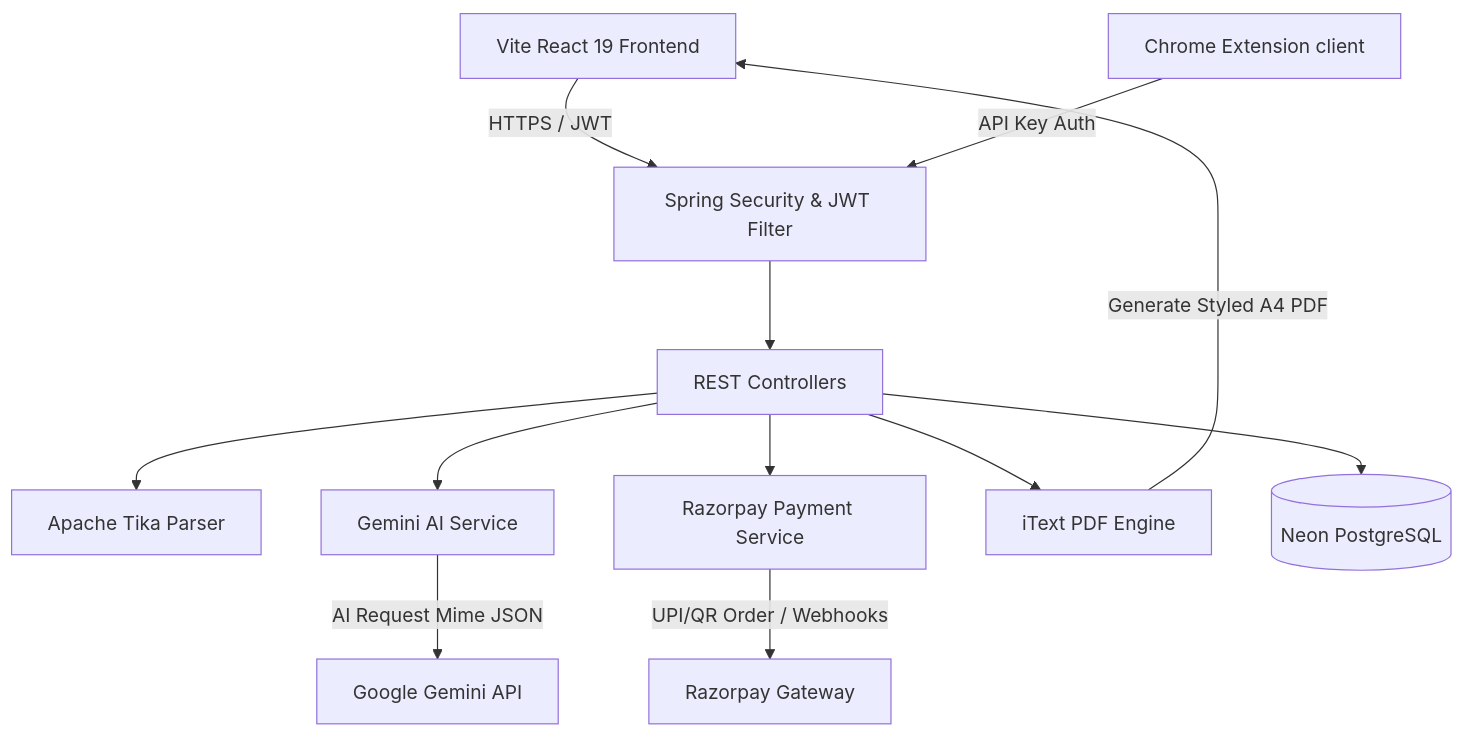
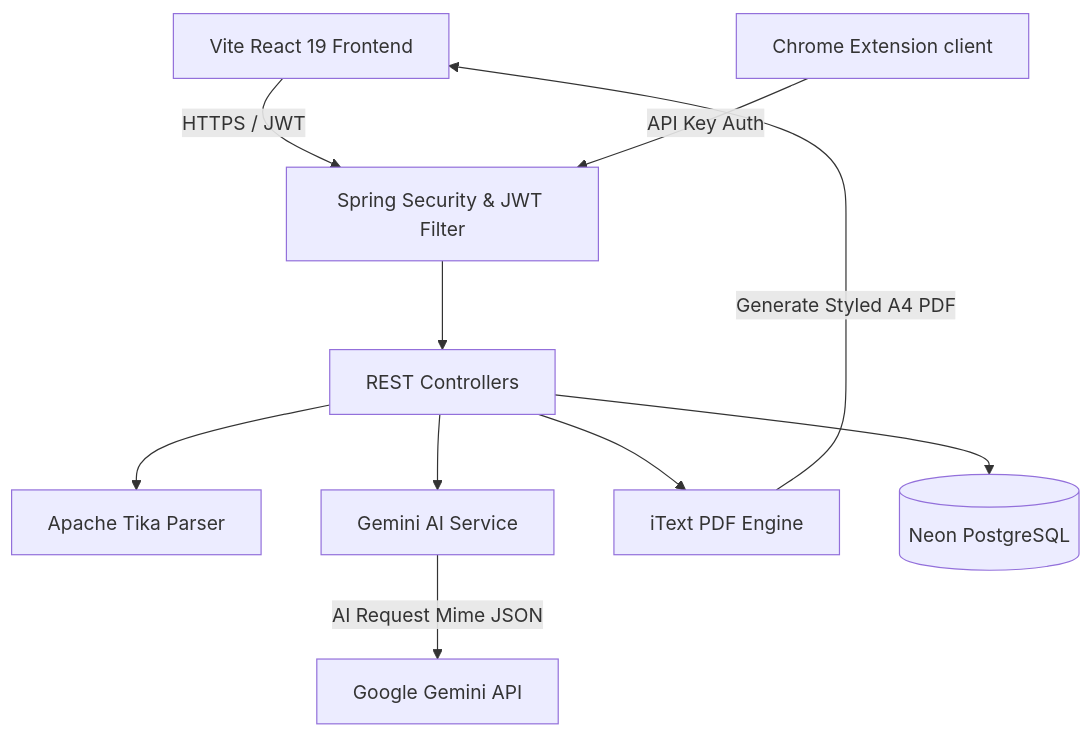
The diagram in README.md (AbhirupBhowmick/ResuMatch-AI), drawn with Mermaid before and after one commit. The commit also changed other lines of this file and 8 other files, not shown here.

Commit message:
Completely remove Razorpay SDK, payment service, controller, configuration, and frontend SDK

````diff
--- a/README.md
+++ b/README.md
@@ -41,38 +38,34 @@
 ```mermaid
 graph TD
     %% Clients
     Browser[Vite React 19 Frontend]
     Extension[Chrome Extension client]
 
     %% Gateway/Sec
     Security[Spring Security & JWT Filter]
 
     %% App Logic
     Controllers[REST Controllers]
     Tika[Apache Tika Parser]
     Gemini[Gemini AI Service]
-    Payments[Razorpay Payment Service]
     iText[iText PDF Engine]
 
     %% Data
     DB[(Neon PostgreSQL)]
 
     %% External
     GeminiAPI[Google Gemini API]
-    RazorpayAPI[Razorpay Gateway]
 
     %% Connections
     Browser -->|HTTPS / JWT| Security
     Extension -->|API Key Auth| Security
     Security --> Controllers
     
     Controllers --> Tika
     Controllers --> Gemini
-    Controllers --> Payments
     Controllers --> iText
     Controllers --> DB
 
     Gemini -->|AI Request Mime JSON| GeminiAPI
-    Payments -->|UPI/QR Order / Webhooks| RazorpayAPI
     iText -->|Generate Styled A4 PDF| Browser
 ```
````
